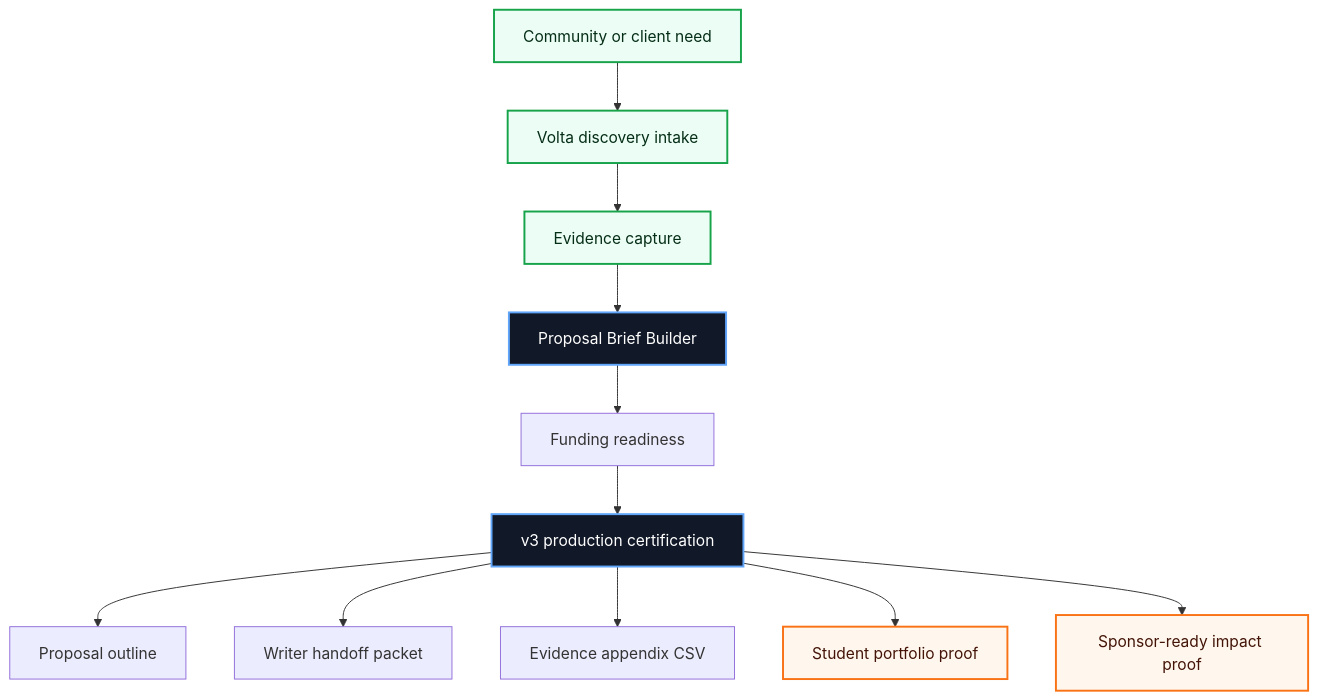
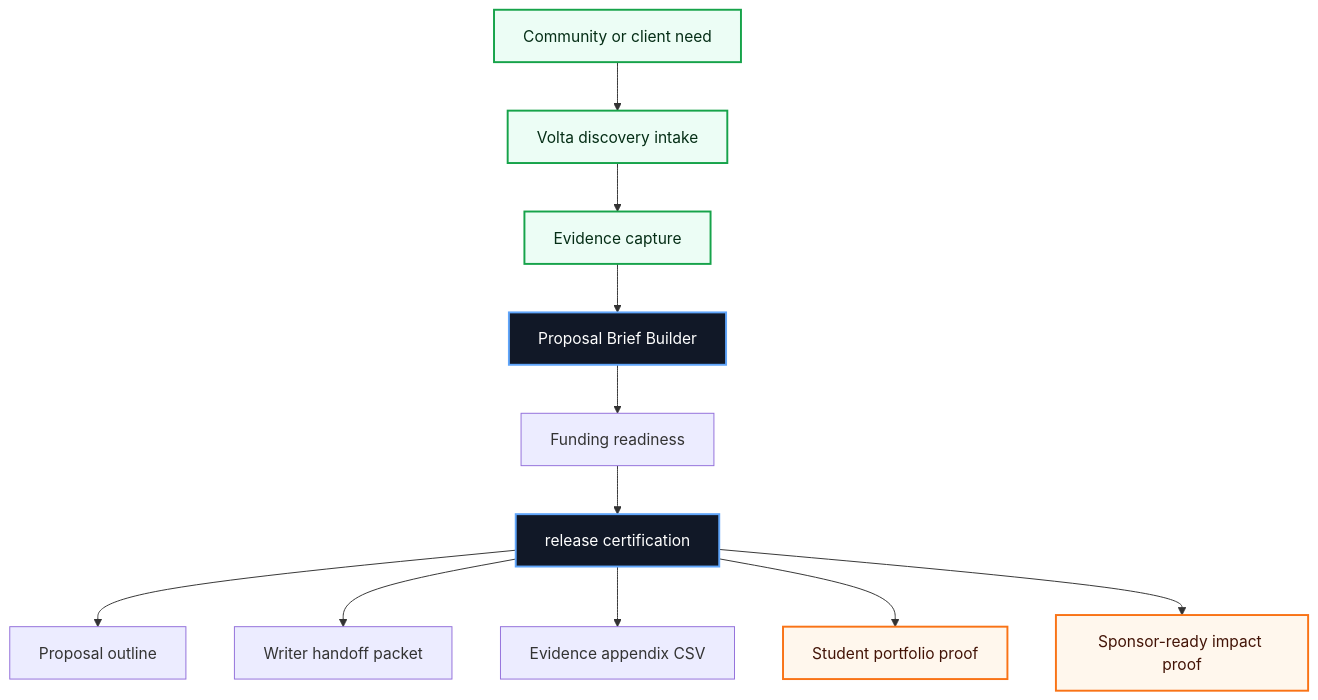
The first of 3 diagrams in README.md (volta-npo/proposal-brief-builder), drawn with Mermaid before and after one commit. The commit also changed other lines of this file and 28 other files, not shown here.

````diff
--- a/README.md
+++ b/README.md
@@ -43,20 +43,20 @@
 ```mermaid
 flowchart TD
     Need["Community or client need"] --> Intake["Volta discovery intake"]
     Intake --> Evidence["Evidence capture"]
     Evidence --> Workbench["Proposal Brief Builder"]
     Workbench --> Score["Funding readiness"]
-    Score --> Cert["v3 production certification"]
+    Score --> Cert["release certification"]
     Cert --> A1["Proposal outline"]
     Cert --> A2["Writer handoff packet"]
     Cert --> A3["Evidence appendix CSV"]
     Cert --> Student["Student portfolio proof"]
     Cert --> Sponsor["Sponsor-ready impact proof"]
 
     classDef volta fill:#111827,stroke:#60a5fa,color:#ffffff,stroke-width:2px;
     classDef equity fill:#ecfdf5,stroke:#16a34a,color:#052e16,stroke-width:2px;
     classDef proof fill:#fff7ed,stroke:#f97316,color:#431407,stroke-width:2px;
     class Workbench,Cert volta;
     class Need,Intake,Evidence equity;
     class Student,Sponsor proof;
 ```
````
